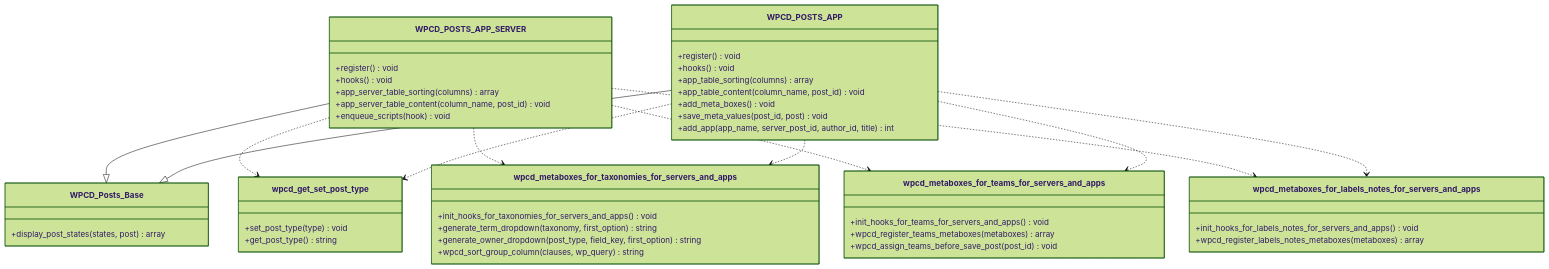
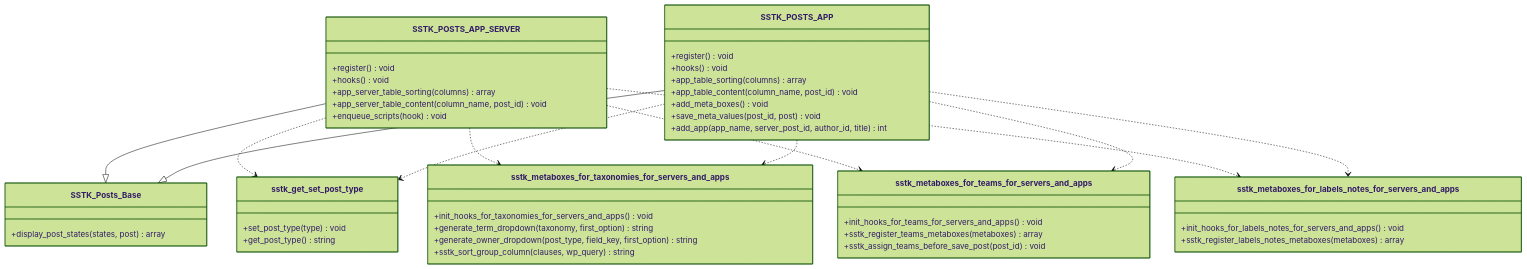
The second of 8 diagrams in .qoder/repowiki/en/content/Data Management/Custom Post Types.md (onedogsolutions/simple-stack), drawn with Mermaid (forest theme) before and after one commit. The commit also changed other lines of this file and 5941 other files, not shown here.

````diff
--- a/.qoder/repowiki/en/content/Data Management/Custom Post Types.md
+++ b/.qoder/repowiki/en/content/Data Management/Custom Post Types.md
@@ -106,51 +106,51 @@
 ```mermaid
 classDiagram
-class WPCD_Posts_Base {
+class SSTK_Posts_Base {
 +display_post_states(states, post) array
 }
-class WPCD_POSTS_APP_SERVER {
+class SSTK_POSTS_APP_SERVER {
 +register() void
 +hooks() void
 +app_server_table_sorting(columns) array
 +app_server_table_content(column_name, post_id) void
 +enqueue_scripts(hook) void
 }
-class WPCD_POSTS_APP {
+class SSTK_POSTS_APP {
 +register() void
 +hooks() void
 +app_table_sorting(columns) array
 +app_table_content(column_name, post_id) void
 +add_meta_boxes() void
 +save_meta_values(post_id, post) void
 +add_app(app_name, server_post_id, author_id, title) int
 }
-class wpcd_get_set_post_type {
+class sstk_get_set_post_type {
 +set_post_type(type) void
 +get_post_type() string
 }
-class wpcd_metaboxes_for_taxonomies_for_servers_and_apps {
+class sstk_metaboxes_for_taxonomies_for_servers_and_apps {
 +init_hooks_for_taxonomies_for_servers_and_apps() void
 +generate_term_dropdown(taxonomy, first_option) string
 +generate_owner_dropdown(post_type, field_key, first_option) string
-+wpcd_sort_group_column(clauses, wp_query) string
++sstk_sort_group_column(clauses, wp_query) string
 }
-class wpcd_metaboxes_for_teams_for_servers_and_apps {
+class sstk_metaboxes_for_teams_for_servers_and_apps {
 +init_hooks_for_teams_for_servers_and_apps() void
-+wpcd_register_teams_metaboxes(metaboxes) array
-+wpcd_assign_teams_before_save_post(post_id) void
++sstk_register_teams_metaboxes(metaboxes) array
++sstk_assign_teams_before_save_post(post_id) void
 }
-class wpcd_metaboxes_for_labels_notes_for_servers_and_apps {
+class sstk_metaboxes_for_labels_notes_for_servers_and_apps {
 +init_hooks_for_labels_notes_for_servers_and_apps() void
-+wpcd_register_labels_notes_metaboxes(metaboxes) array
++sstk_register_labels_notes_metaboxes(metaboxes) array
 }
-WPCD_POSTS_APP_SERVER --|> WPCD_Posts_Base
-WPCD_POSTS_APP --|> WPCD_Posts_Base
-WPCD_POSTS_APP_SERVER ..> wpcd_get_set_post_type
-WPCD_POSTS_APP_SERVER ..> wpcd_metaboxes_for_taxonomies_for_servers_and_apps
-WPCD_POSTS_APP_SERVER ..> wpcd_metaboxes_for_teams_for_servers_and_apps
-WPCD_POSTS_APP_SERVER ..> wpcd_metaboxes_for_labels_notes_for_servers_and_apps
-WPCD_POSTS_APP ..> wpcd_get_set_post_type
-WPCD_POSTS_APP ..> wpcd_metaboxes_for_taxonomies_for_servers_and_apps
-WPCD_POSTS_APP ..> wpcd_metaboxes_for_teams_for_servers_and_apps
-WPCD_POSTS_APP ..> wpcd_metaboxes_for_labels_notes_for_servers_and_apps
+SSTK_POSTS_APP_SERVER --|> SSTK_Posts_Base
+SSTK_POSTS_APP --|> SSTK_Posts_Base
+SSTK_POSTS_APP_SERVER ..> sstk_get_set_post_type
+SSTK_POSTS_APP_SERVER ..> sstk_metaboxes_for_taxonomies_for_servers_and_apps
+SSTK_POSTS_APP_SERVER ..> sstk_metaboxes_for_teams_for_servers_and_apps
+SSTK_POSTS_APP_SERVER ..> sstk_metaboxes_for_labels_notes_for_servers_and_apps
+SSTK_POSTS_APP ..> sstk_get_set_post_type
+SSTK_POSTS_APP ..> sstk_metaboxes_for_taxonomies_for_servers_and_apps
+SSTK_POSTS_APP ..> sstk_metaboxes_for_teams_for_servers_and_apps
+SSTK_POSTS_APP ..> sstk_metaboxes_for_labels_notes_for_servers_and_apps
 ```
````
